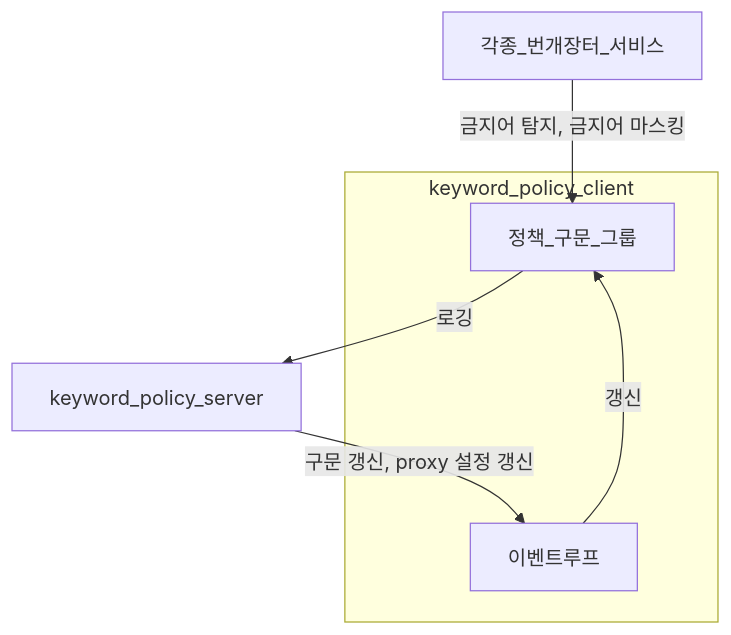
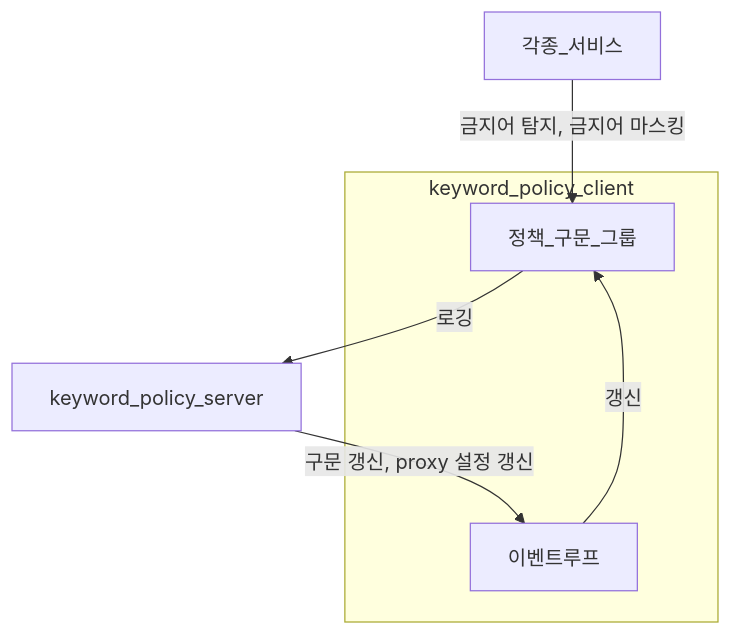
The diagram in keyword-policy.md (jyc228/my-engineering-portfolio), drawn with Mermaid before and after one commit. The commit also changed other lines of this file and 4 other files, not shown here.

````diff
--- a/keyword-policy.md
+++ b/keyword-policy.md
@@ -35,8 +35,8 @@
 ```mermaid
 flowchart
-    각종_번개장터_서비스 -- 금지어 탐지, 금지어 마스킹 --> 정책_구문_그룹 -- 로깅 --> keyword_policy_server
+    각종_서비스 -- 금지어 탐지, 금지어 마스킹 --> 정책_구문_그룹 -- 로깅 --> keyword_policy_server
     keyword_policy_server -- 구문 갱신, proxy 설정 갱신 --> 이벤트루프
     subgraph keyword_policy_client
         이벤트루프 -- 갱신 --> 정책_구문_그룹
     end
 ```
````
